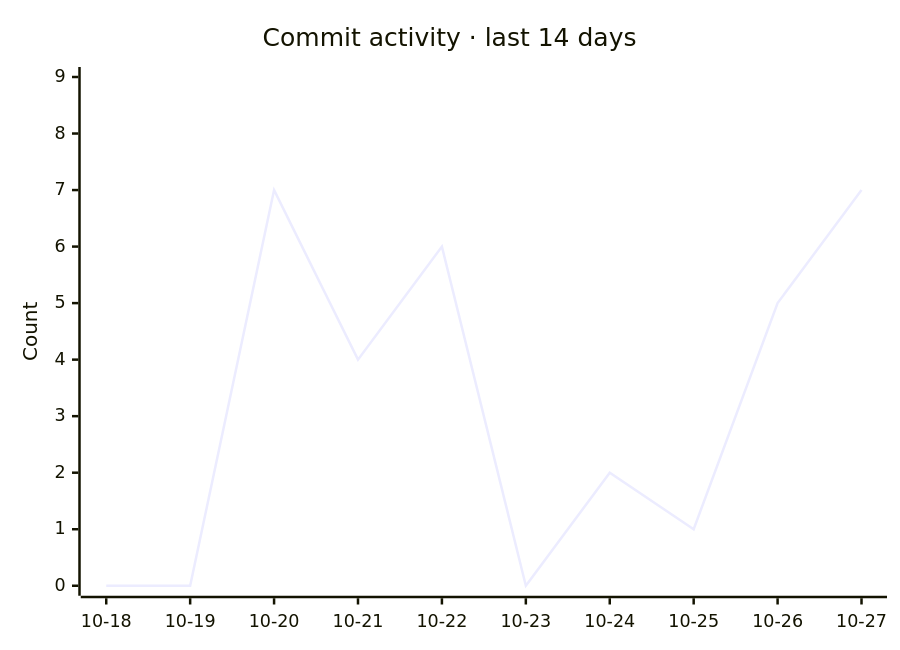
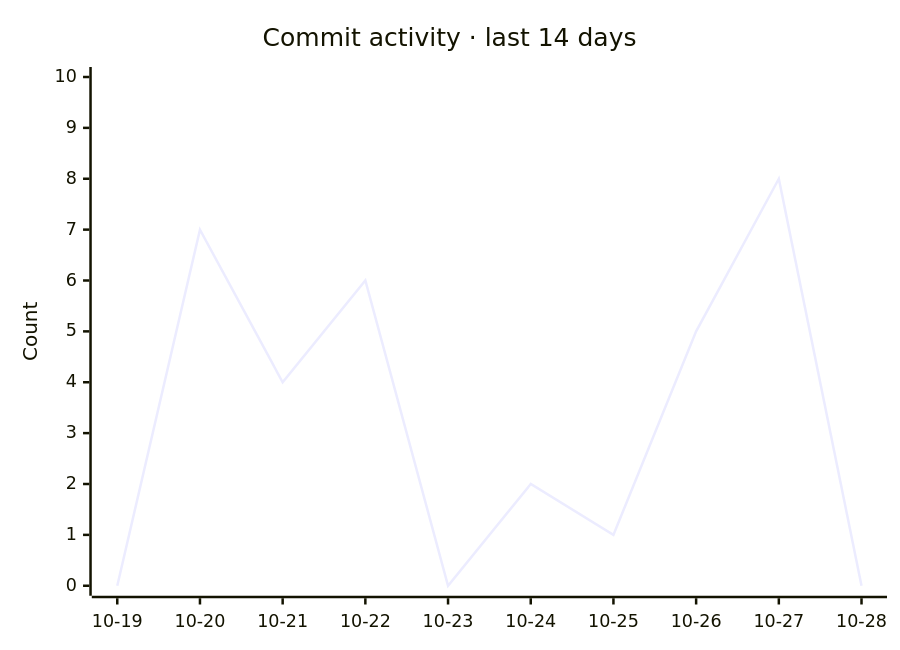
One commit to razzaqinspires/whiskay-bot changed the second of 2 diagrams in README.md. Above: the diagram before and after it, drawn with Mermaid. The commit also changed other lines of this file and 2 other files, not shown here.

Commit message:
chore(metrics): refresh GitHub traffic and update timestamp [skip ci]

````diff
--- a/README.md
+++ b/README.md
@@ -294,7 +294,7 @@
 ```mermaid
 xychart-beta
     title "Commit activity · last 14 days"
-    x-axis ["10-18", "10-19", "10-20", "10-21", "10-22", "10-23", "10-24", "10-25", "10-26", "10-27"]
-    y-axis "Count" 0 --> 9
-    line [0, 0, 7, 4, 6, 0, 2, 1, 5, 7]
+    x-axis ["10-19", "10-20", "10-21", "10-22", "10-23", "10-24", "10-25", "10-26", "10-27", "10-28"]
+    y-axis "Count" 0 --> 10
+    line [0, 7, 4, 6, 0, 2, 1, 5, 8, 0]
 ```
````
